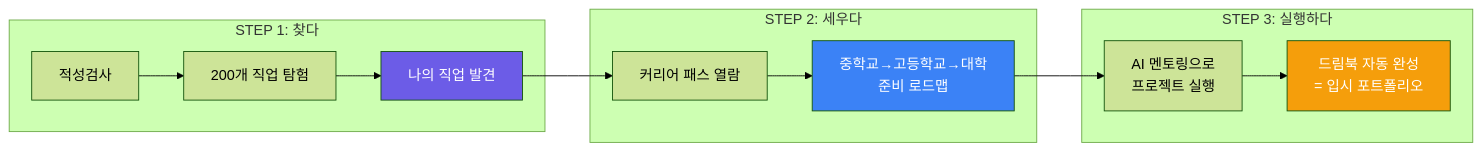
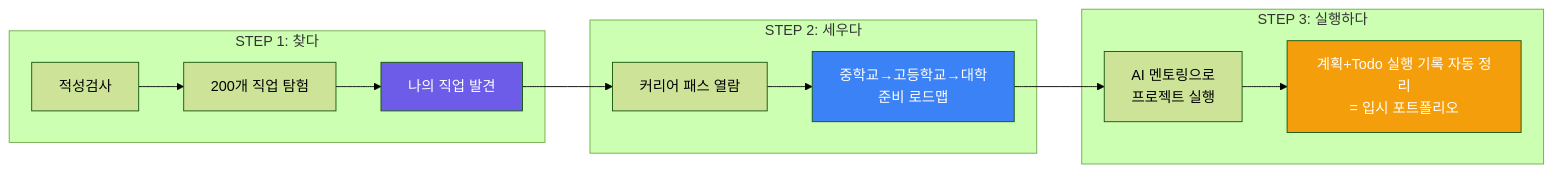
The first of 4 diagrams in COMPETITOR_ANALYSIS.md (Collegenie-X/AI-career-path), drawn with Mermaid (forest theme) before and after one commit. The commit also changed other lines of this file and 8 other files, not shown here.

````diff
--- a/COMPETITOR_ANALYSIS.md
+++ b/COMPETITOR_ANALYSIS.md
@@ -53,19 +53,19 @@
 ```mermaid
 graph LR
     subgraph "STEP 1: 찾다"
         A["적성검사"] --> B["200개 직업 탐험"]
         B --> C["나의 직업 발견"]
     end
     subgraph "STEP 2: 세우다"
         C --> D["커리어 패스 열람"]
         D --> E["중학교→고등학교→대학<br/>준비 로드맵"]
     end
     subgraph "STEP 3: 실행하다"
         E --> F["AI 멘토링으로<br/>프로젝트 실행"]
-        F --> G["드림북 자동 완성<br/>= 입시 포트폴리오"]
+        F --> G["계획+Todo 실행 기록 자동 정리<br/>= 입시 포트폴리오"]
     end
 
     style C fill:#6C5CE7,color:#fff
     style E fill:#3B82F6,color:#fff
     style G fill:#F59E0B,color:#fff
 ```
````
